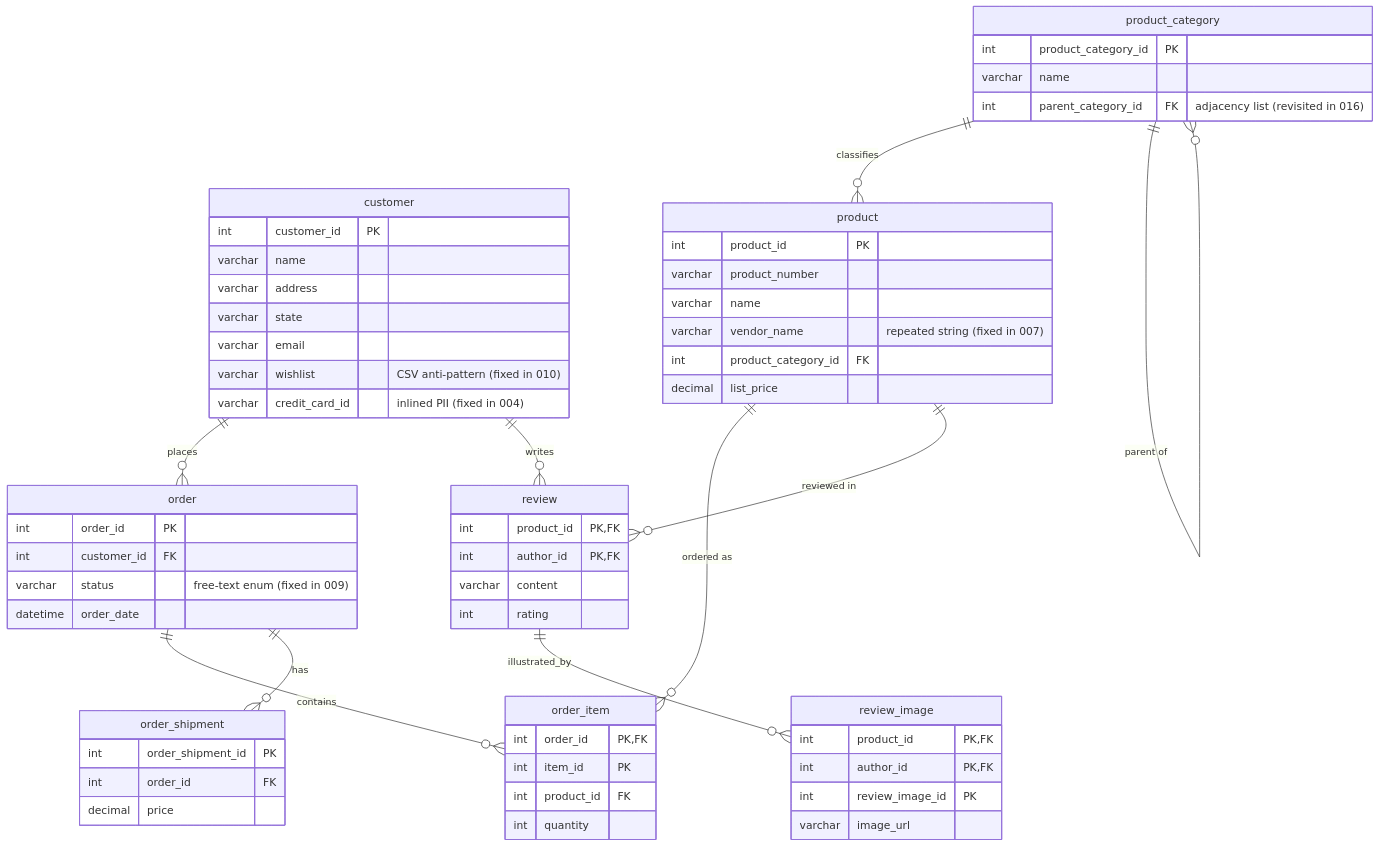
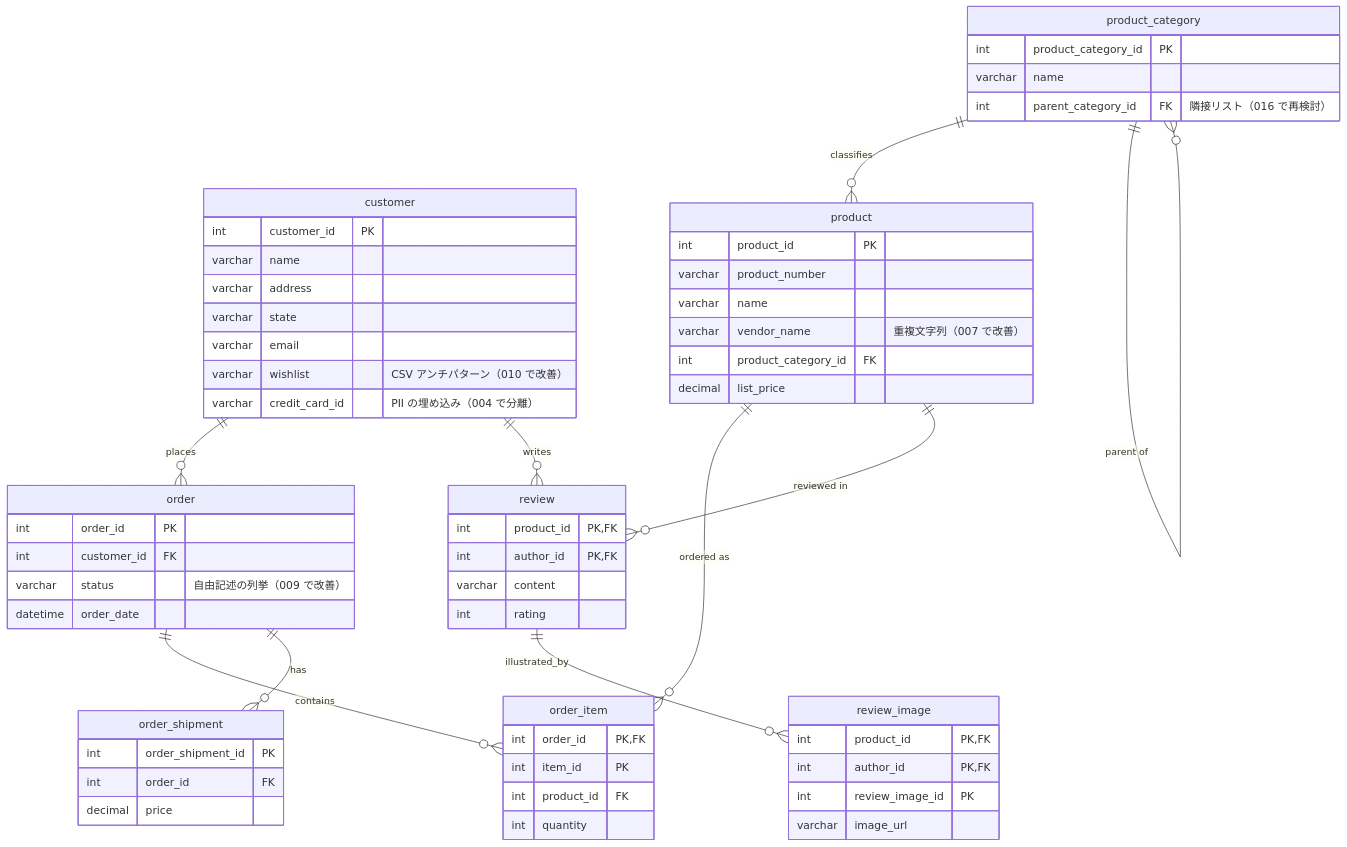
The first of 2 diagrams in README.md (dotNetGaijin87/sql-database-design-patterns), drawn with Mermaid before and after one commit. The commit also changed other lines of this file and 28 other files, not shown here.

````diff
--- a/README.md
+++ b/README.md
@@ -19,64 +25,64 @@
 ```mermaid
 erDiagram
     customer ||--o{ order : places
     customer ||--o{ review : writes
     order ||--o{ order_item : contains
     order ||--o{ order_shipment : has
     product_category ||--o{ product : classifies
     product_category ||--o{ product_category : "parent of"
     product ||--o{ order_item : "ordered as"
     product ||--o{ review : "reviewed in"
     review ||--o{ review_image : illustrated_by
 
     customer {
         int customer_id PK
         varchar name
         varchar address
         varchar state
         varchar email
-        varchar wishlist "CSV anti-pattern (fixed in 010)"
-        varchar credit_card_id "inlined PII (fixed in 004)"
+        varchar wishlist "CSV アンチパターン（010 で改善）"
+        varchar credit_card_id "PII の埋め込み（004 で分離）"
     }
     product {
         int product_id PK
         varchar product_number
         varchar name
-        varchar vendor_name "repeated string (fixed in 007)"
+        varchar vendor_name "重複文字列（007 で改善）"
         int product_category_id FK
         decimal list_price
     }
     product_category {
         int product_category_id PK
         varchar name
-        int parent_category_id FK "adjacency list (revisited in 016)"
+        int parent_category_id FK "隣接リスト（016 で再検討）"
     }
     order {
         int order_id PK
         int customer_id FK
-        varchar status "free-text enum (fixed in 009)"
+        varchar status "自由記述の列挙（009 で改善）"
         datetime order_date
     }
     order_item {
         int order_id PK,FK
         int item_id PK
         int product_id FK
         int quantity
     }
     order_shipment {
         int order_shipment_id PK
         int order_id FK
         decimal price
     }
     review {
         int product_id PK,FK
         int author_id PK,FK
         varchar content
         int rating
     }
     review_image {
         int product_id PK,FK
         int author_id PK,FK
         int review_image_id PK
         varchar image_url
     }
 ```
````
